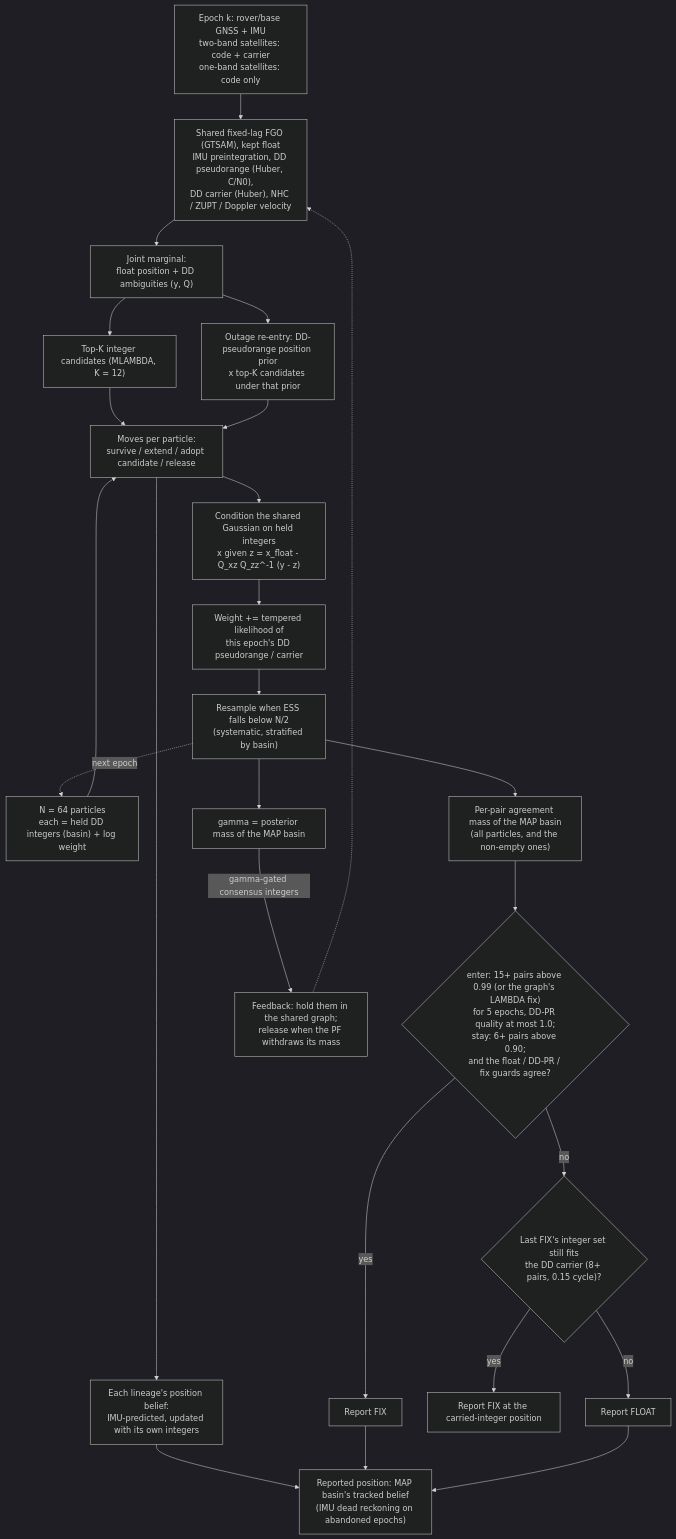
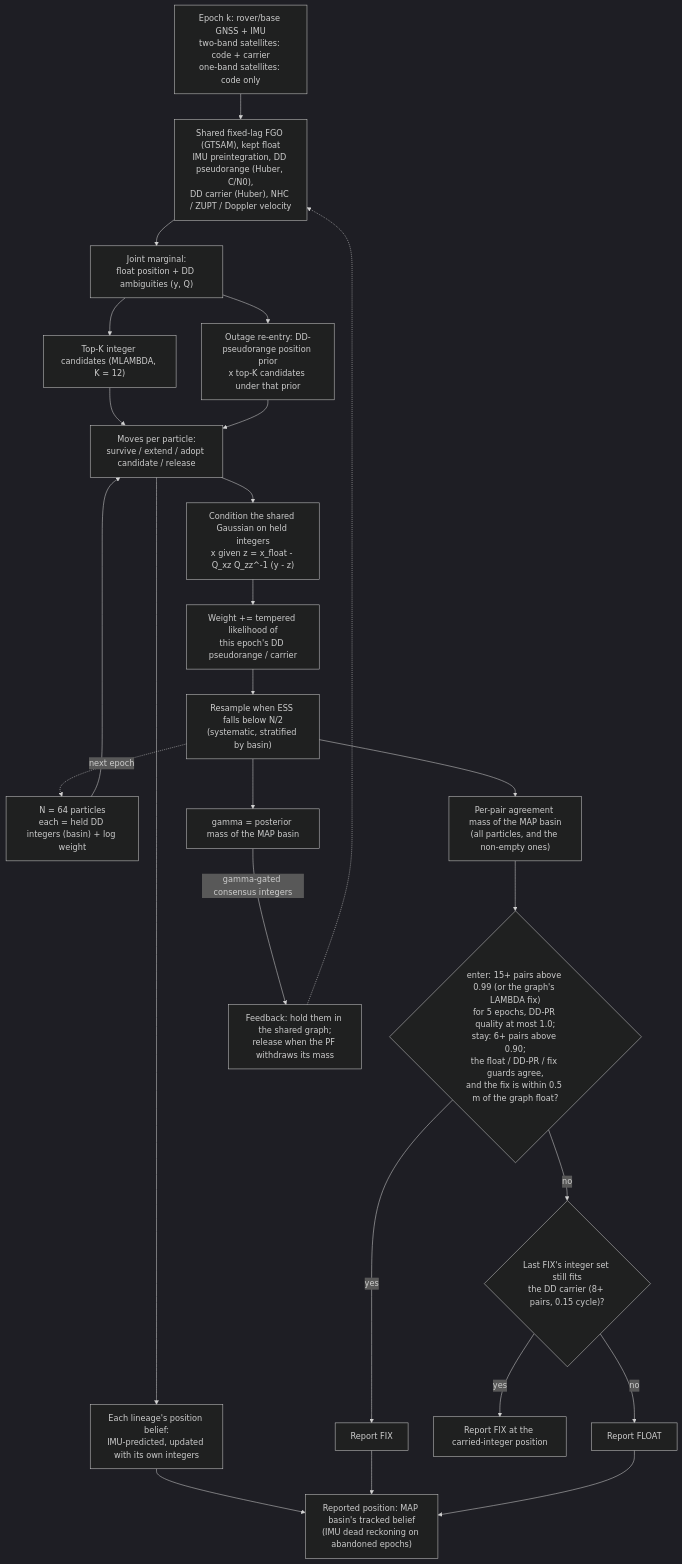
One commit to mfkiwl/gnss_gpu changed the first of 2 diagrams in README.md. Above: the diagram before and after it, drawn with Mermaid (dark theme). The commit also changed other lines of this file and 7 other files, not shown here.

````diff
--- a/README.md
+++ b/README.md
@@ -83,27 +86,27 @@
 ```mermaid
 flowchart TD
     Obs["Epoch k: rover/base GNSS + IMU<br/>two-band satellites: code + carrier<br/>one-band satellites: code only"] --> FGO["Shared fixed-lag FGO (GTSAM), kept float<br/>IMU preintegration, DD pseudorange (Huber, C/N0),<br/>DD carrier (Huber), NHC / ZUPT / Doppler velocity"]
     FGO --> Marg["Joint marginal:<br/>float position + DD ambiguities (y, Q)"]
     Marg --> Cand["Top-K integer candidates (MLAMBDA, K = 12)"]
     Marg --> Spawn["Outage re-entry: DD-pseudorange position prior<br/>x top-K candidates under that prior"]
     PF["N = 64 particles<br/>each = held DD integers (basin) + log weight"] --> Moves
     Cand --> Moves["Moves per particle:<br/>survive / extend / adopt candidate / release"]
     Spawn --> Moves
     Moves --> Cond["Condition the shared Gaussian on held integers<br/>x given z = x_float - Q_xz Q_zz^-1 (y - z)"]
     Cond --> W["Weight += tempered likelihood of<br/>this epoch's DD pseudorange / carrier"]
     W --> Res["Resample when ESS falls below N/2<br/>(systematic, stratified by basin)"]
     Res --> Gamma["gamma = posterior mass of the MAP basin"]
     Moves --> Track["Each lineage's position belief:<br/>IMU-predicted, updated with its own integers"]
     Res -. next epoch .-> PF
     Res --> Agree["Per-pair agreement mass of the MAP basin<br/>(all particles, and the non-empty ones)"]
-    Agree --> Dec{"enter: 15+ pairs above 0.99 (or the graph's LAMBDA fix)<br/>for 5 epochs, DD-PR quality at most 1.0;<br/>stay: 6+ pairs above 0.90;<br/>and the float / DD-PR / fix guards agree?"}
+    Agree --> Dec{"enter: 15+ pairs above 0.99 (or the graph's LAMBDA fix)<br/>for 5 epochs, DD-PR quality at most 1.0;<br/>stay: 6+ pairs above 0.90;<br/>the float / DD-PR / fix guards agree,<br/>and the fix is within 0.5 m of the graph float?"}
     Dec -- yes --> Fix["Report FIX"]
     Dec -- no --> Carry{"Last FIX's integer set still fits<br/>the DD carrier (8+ pairs, 0.15 cycle)?"}
     Carry -- yes --> CFix["Report FIX at the carried-integer position"]
     Carry -- no --> Flt["Report FLOAT"]
     Track --> Pos["Reported position: MAP basin's tracked belief<br/>(IMU dead reckoning on abandoned epochs)"]
     Fix --> Pos
     Flt --> Pos
     Gamma -- "gamma-gated consensus integers" --> FB["Feedback: hold them in the shared graph;<br/>release when the PF withdraws its mass"]
     FB -.-> FGO
 ```
````
